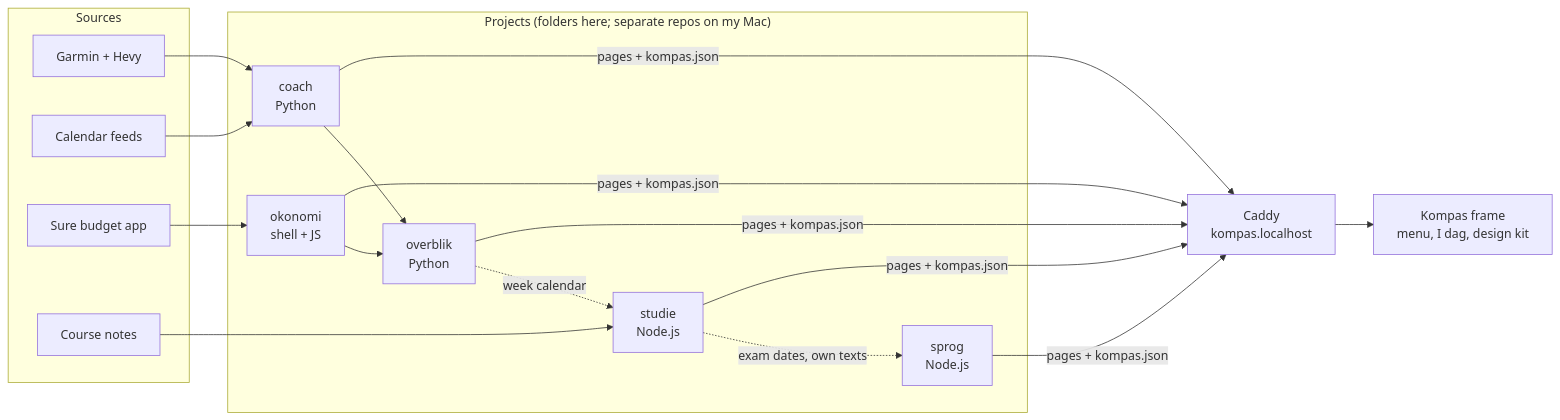
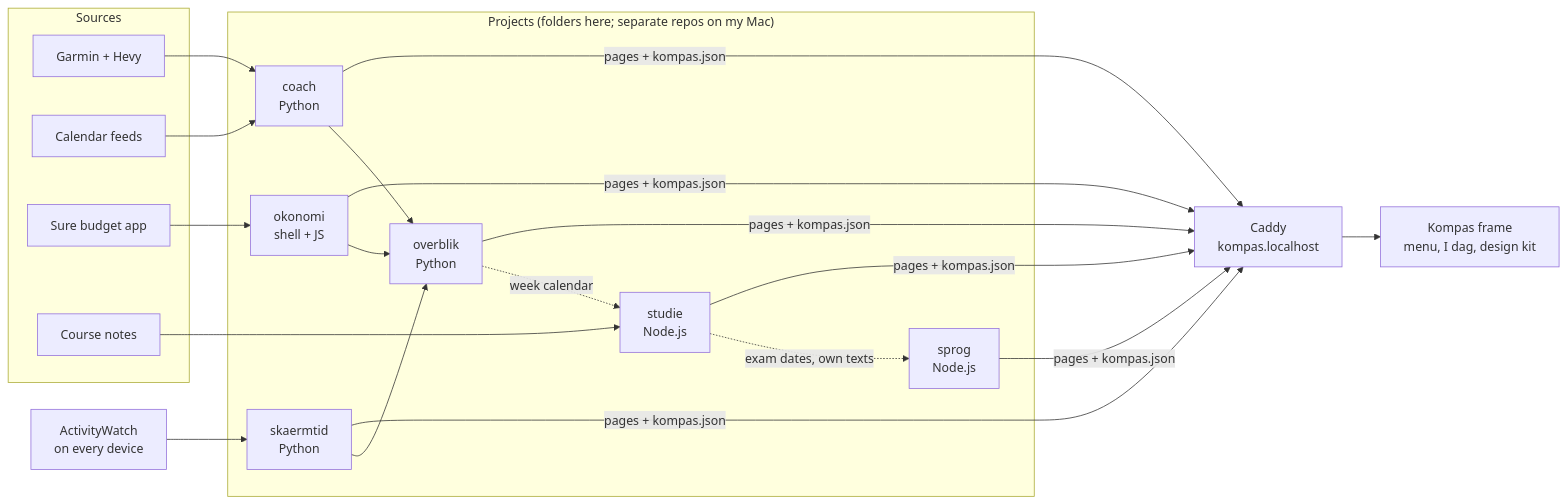
Before and after one commit to Brandt03/Kompas: the diagram in README.md, drawn with Mermaid. The commit also changed other lines of this file and 133 other files, not shown here.

````diff
--- a/README.md
+++ b/README.md
@@ -48,25 +52,27 @@
 ```mermaid
 flowchart LR
   subgraph Sources
     G[Garmin + Hevy]
     C[Calendar feeds]
     S[Sure budget app]
     N[Course notes]
   end
   subgraph Projects["Projects (folders here; separate repos on my Mac)"]
     coach[coach<br/>Python]
     liv[overblik<br/>Python]
     okonomi[okonomi<br/>shell + JS]
     studie[studie<br/>Node.js]
     sprog[sprog<br/>Node.js]
+    skaerm[skaermtid<br/>Python]
   end
+  AW[ActivityWatch<br/>on every device] --> skaerm --> liv
   G --> coach
   C --> coach
   coach --> liv
   S --> okonomi --> liv
   N --> studie
   liv -.->|week calendar| studie
   studie -.->|exam dates, own texts| sprog
-  coach & liv & okonomi & studie & sprog -->|pages + kompas.json| caddy[Caddy<br/>kompas.localhost]
+  coach & liv & okonomi & studie & sprog & skaerm -->|pages + kompas.json| caddy[Caddy<br/>kompas.localhost]
   caddy --> shell[Kompas frame<br/>menu, I dag, design kit]
 ```
````
